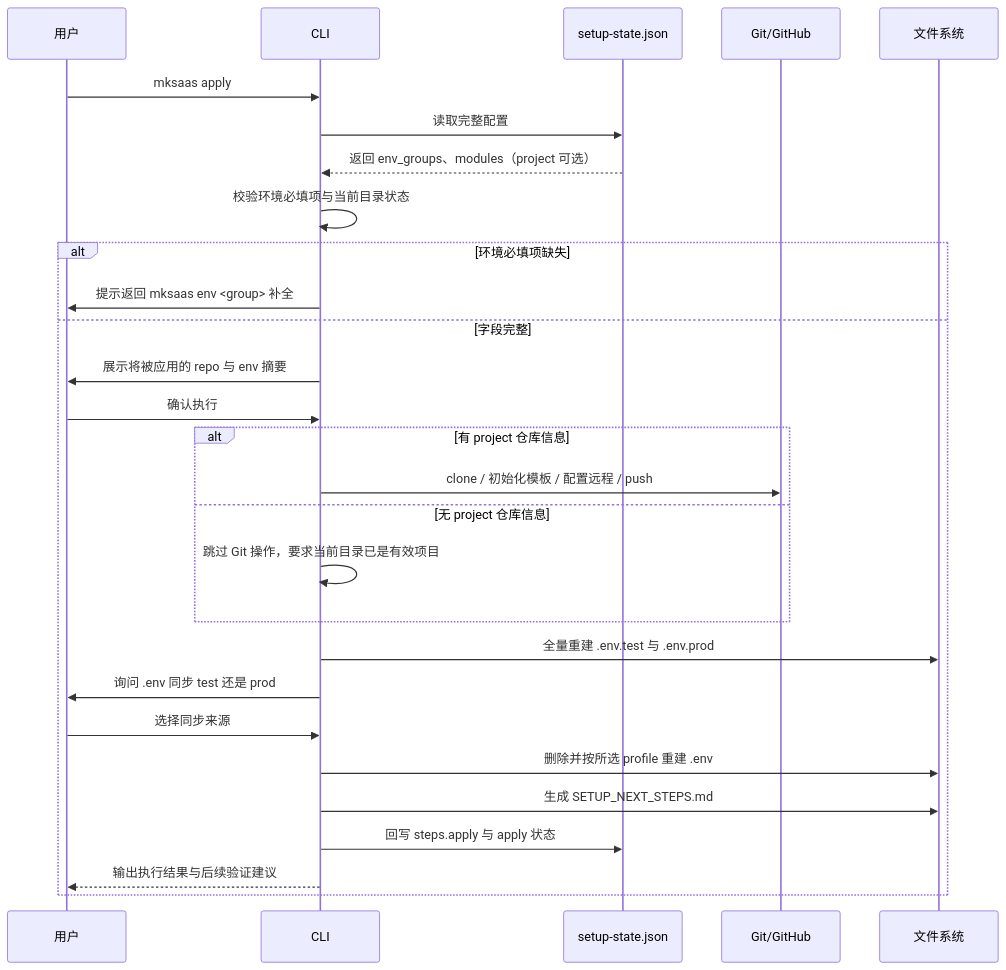
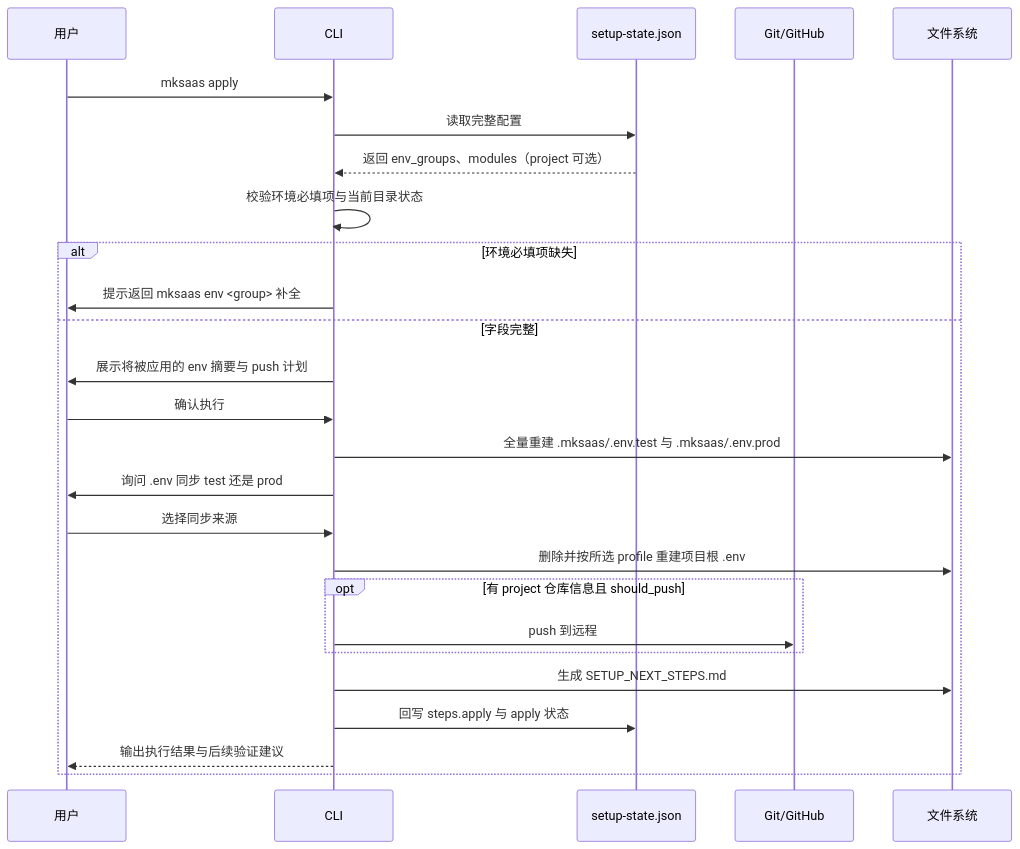
One commit to CaffeineOddity/mksaas_command changed the second of 2 diagrams in docs/steps/02-apply.md. Above: the diagram before and after it, drawn with Mermaid. The commit also changed other lines of this file and 7 other files, not shown here.

First line of the commit message:
docs: project 承接项目创建 + .mksaas 放仓库内 + env 落点调整

````diff
--- a/docs/steps/02-apply.md
+++ b/docs/steps/02-apply.md
@@ -68,31 +72,29 @@
 ```mermaid
 sequenceDiagram
     participant U as 用户
     participant C as CLI
     participant J as setup-state.json
     participant G as Git/GitHub
     participant F as 文件系统
 
     U->>C: mksaas apply
     C->>J: 读取完整配置
     J-->>C: 返回 env_groups、modules（project 可选）
     C->>C: 校验环境必填项与当前目录状态
     alt 环境必填项缺失
         C->>U: 提示返回 mksaas env <group> 补全
     else 字段完整
-        C->>U: 展示将被应用的 repo 与 env 摘要
+        C->>U: 展示将被应用的 env 摘要与 push 计划
         U->>C: 确认执行
-        alt 有 project 仓库信息
-            C->>G: clone / 初始化模板 / 配置远程 / push
-        else 无 project 仓库信息
-            C->>C: 跳过 Git 操作，要求当前目录已是有效项目
-        end
-        C->>F: 全量重建 .env.test 与 .env.prod
+        C->>F: 全量重建 .mksaas/.env.test 与 .mksaas/.env.prod
         C->>U: 询问 .env 同步 test 还是 prod
         U->>C: 选择同步来源
-        C->>F: 删除并按所选 profile 重建 .env
+        C->>F: 删除并按所选 profile 重建项目根 .env
+        opt 有 project 仓库信息且 should_push
+            C->>G: push 到远程
+        end
         C->>F: 生成 SETUP_NEXT_STEPS.md
         C->>J: 回写 steps.apply 与 apply 状态
         C-->>U: 输出执行结果与后续验证建议
     end
 ```
````
